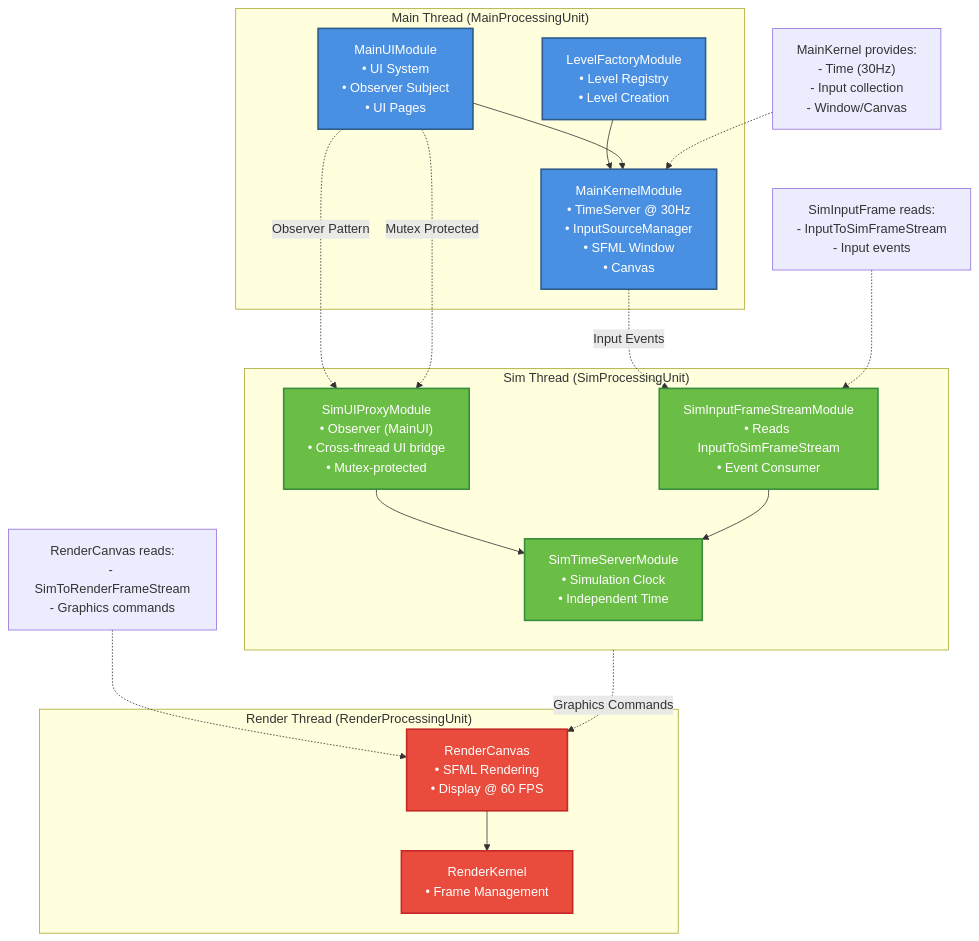
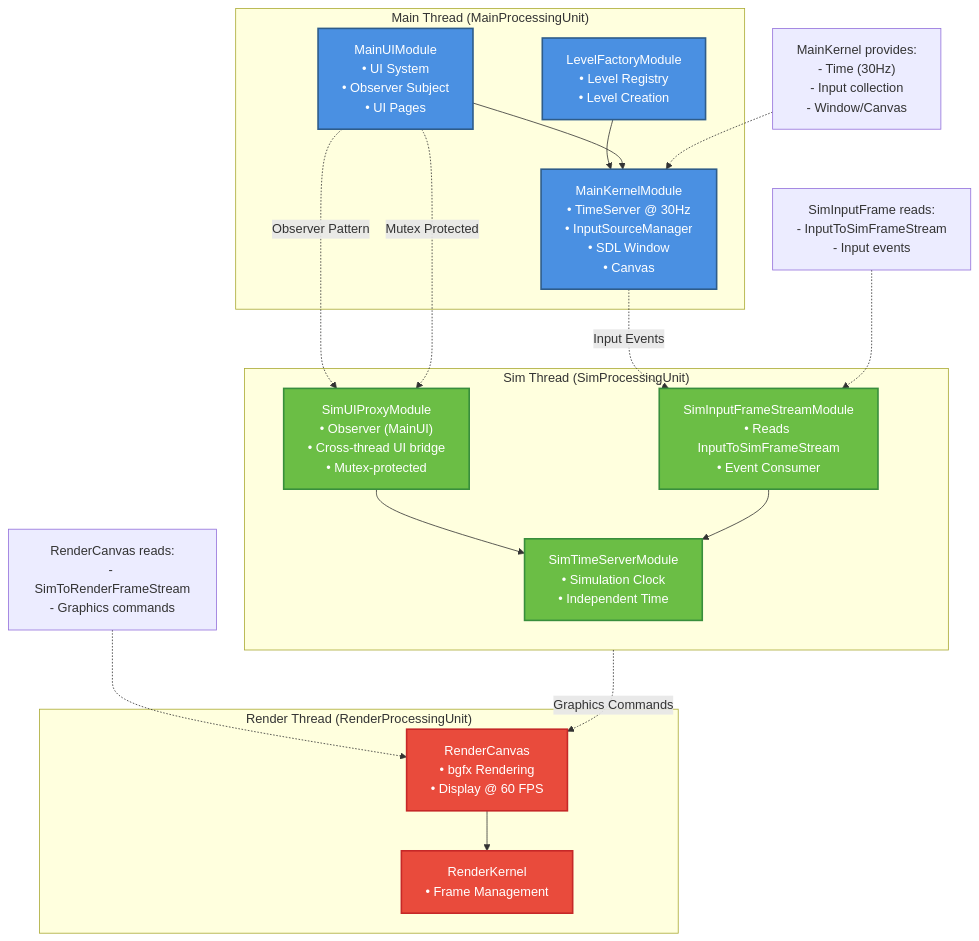
One commit to LenihanConor/Cluiche changed the diagram in docs/reference/architecture/diagrams/module-dependencies.mmd. Above: the diagram before and after it, drawn with Mermaid. The commit also changed 110 other files, not shown here.

```diff
--- a/docs/reference/architecture/diagrams/module-dependencies.mmd
+++ b/docs/reference/architecture/diagrams/module-dependencies.mmd
@@ -1,54 +1,54 @@
 graph TD
     subgraph MainThread["Main Thread (MainProcessingUnit)"]
-        MainKernel["MainKernelModule<br/>• TimeServer @ 30Hz<br/>• InputSourceManager<br/>• SFML Window<br/>• Canvas"]
+        MainKernel["MainKernelModule<br/>• TimeServer @ 30Hz<br/>• InputSourceManager<br/>• SDL Window<br/>• Canvas"]
         LevelFactory["LevelFactoryModule<br/>• Level Registry<br/>• Level Creation"]
         MainUI["MainUIModule<br/>• UI System<br/>• Observer Subject<br/>• UI Pages"]
     end
 
     subgraph RenderThread["Render Thread (RenderProcessingUnit)"]
         RenderKernel["RenderKernel<br/>• Frame Management"]
-        RenderCanvas["RenderCanvas<br/>• SFML Rendering<br/>• Display @ 60 FPS"]
+        RenderCanvas["RenderCanvas<br/>• bgfx Rendering<br/>• Display @ 60 FPS"]
     end
 
     subgraph SimThread["Sim Thread (SimProcessingUnit)"]
         SimTimeServer["SimTimeServerModule<br/>• Simulation Clock<br/>• Independent Time"]
         SimInputFrame["SimInputFrameStreamModule<br/>• Reads InputToSimFrameStream<br/>• Event Consumer"]
         SimUIProxy["SimUIProxyModule<br/>• Observer (MainUI)<br/>• Cross-thread UI bridge<br/>• Mutex-protected"]
     end
 
     %% Main Thread Dependencies
     LevelFactory --> MainKernel
     MainUI --> MainKernel
 
     %% Render Thread Dependencies
     RenderCanvas --> RenderKernel
 
     %% Sim Thread Dependencies
     SimUIProxy --> SimTimeServer
     SimInputFrame --> SimTimeServer
 
     %% Cross-Thread Dependencies (Observer Pattern)
     MainUI -.Observer Pattern.-> SimUIProxy
     MainUI -.Mutex Protected.-> SimUIProxy
 
     %% Data Flow
     MainKernel -.Input Events.-> SimInputFrame
     SimThread -.Graphics Commands.-> RenderCanvas
 
     %% Styling
     classDef mainStyle fill:#4A90E2,stroke:#2E5C8A,stroke-width:2px,color:#fff
     classDef renderStyle fill:#E94B3C,stroke:#C62828,stroke-width:2px,color:#fff
     classDef simStyle fill:#6BBE45,stroke:#388E3C,stroke-width:2px,color:#fff
 
     class MainKernel,LevelFactory,MainUI mainStyle
     class RenderKernel,RenderCanvas renderStyle
     class SimTimeServer,SimInputFrame,SimUIProxy simStyle
 
     %% Notes
     Note1["MainKernel provides:<br/>- Time (30Hz)<br/>- Input collection<br/>- Window/Canvas"]
     Note2["RenderCanvas reads:<br/>- SimToRenderFrameStream<br/>- Graphics commands"]
     Note3["SimInputFrame reads:<br/>- InputToSimFrameStream<br/>- Input events"]
 
     Note1 -.-> MainKernel
     Note2 -.-> RenderCanvas
     Note3 -.-> SimInputFrame
```
